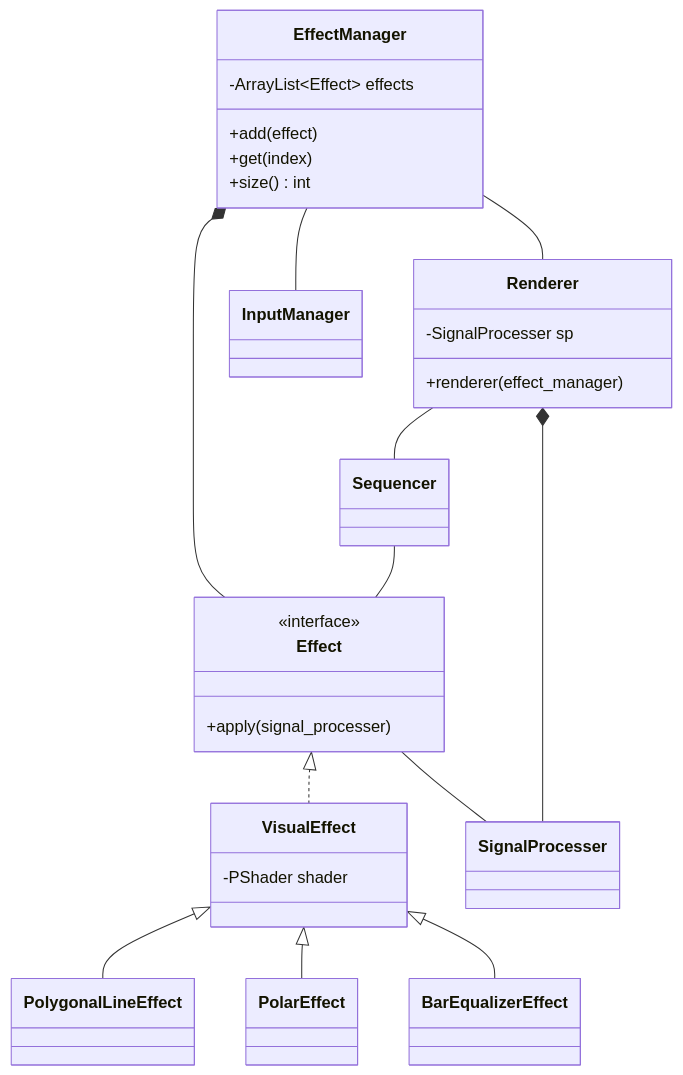
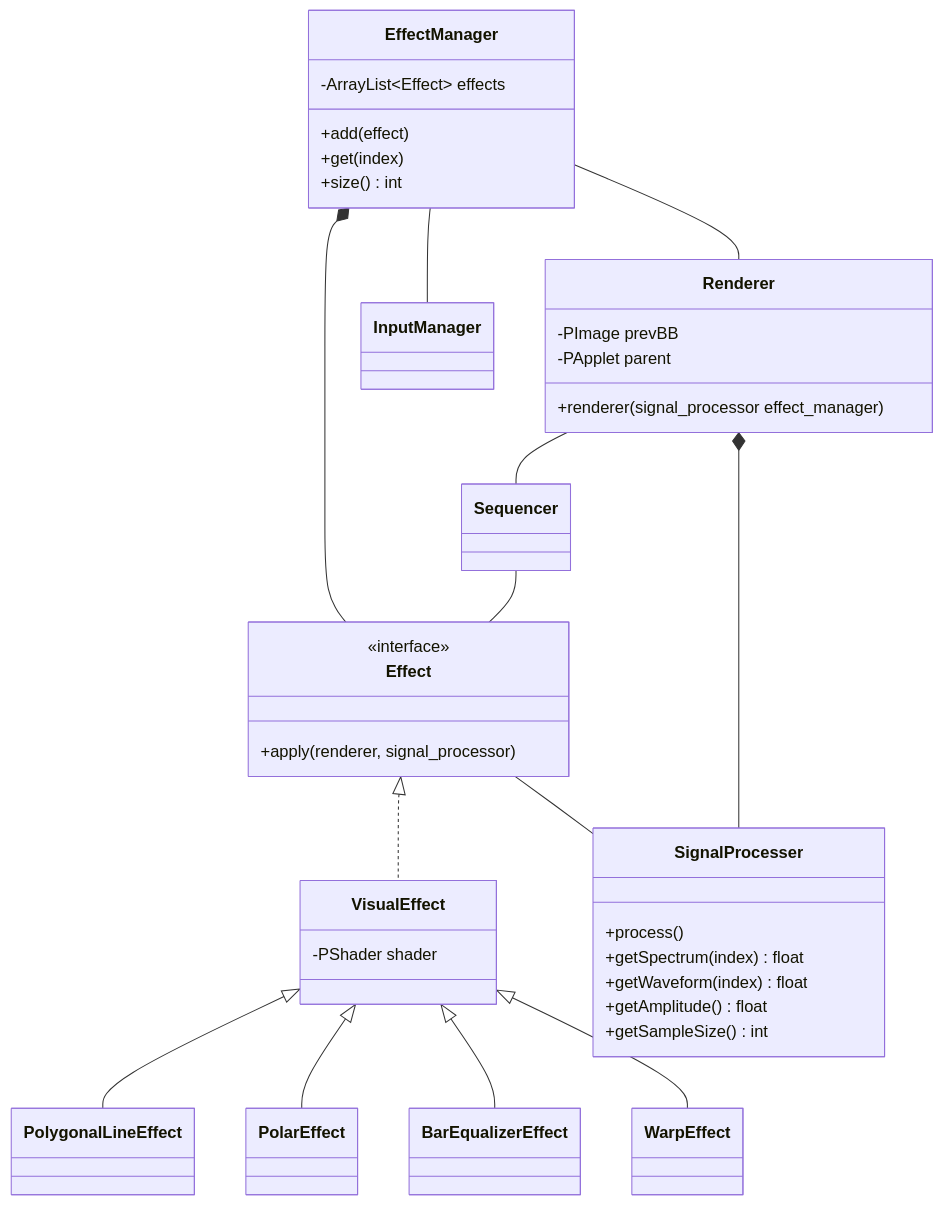
One commit to satoyuichi/GuitarVisualEffects changed the diagram in diagram/class_diagram.md. Above: the diagram before and after it, drawn with Mermaid.

````diff
--- a/diagram/class_diagram.md
+++ b/diagram/class_diagram.md
@@ -1,37 +1,47 @@
 ```mermaid
 classDiagram
     class Effect {
         <<interface>>
-        +apply(signal_processer)
+        +apply(renderer, signal_processor)
     }
     
     class Renderer {
-        -SignalProcesser sp
+        -PImage prevBB
+        -PApplet parent
         
-        +renderer(effect_manager)
+        +renderer(signal_processor effect_manager)
     }
     
     class EffectManager {
         -ArrayList~Effect~ effects
         
         +add(effect)
         +get(index)
         +size() int
     }
     
     class VisualEffect {
     	-PShader shader
     }
     
+    class SignalProcesser {
+        +process()
+        +getSpectrum(index) float
+        +getWaveform(index) float
+        +getAmplitude() float
+        +getSampleSize() int
+    }
+    
     Effect <|.. VisualEffect
     VisualEffect <|-- PolygonalLineEffect
     VisualEffect <|-- PolarEffect
     VisualEffect <|-- BarEqualizerEffect
+    VisualEffect <|-- WarpEffect
     Effect -- SignalProcesser
     EffectManager *-- Effect
     EffectManager -- Renderer
     EffectManager -- InputManager
     Renderer *-- SignalProcesser
     Renderer -- Sequencer
     Sequencer -- Effect
 ```
````
